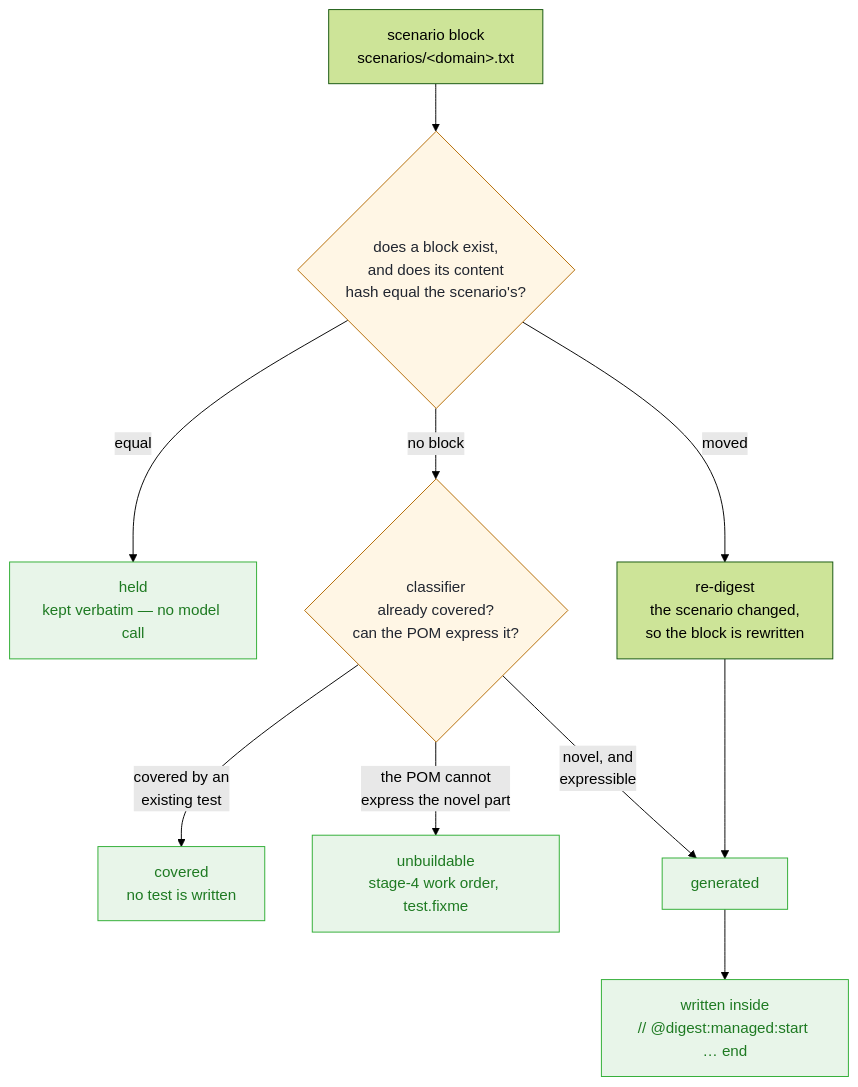
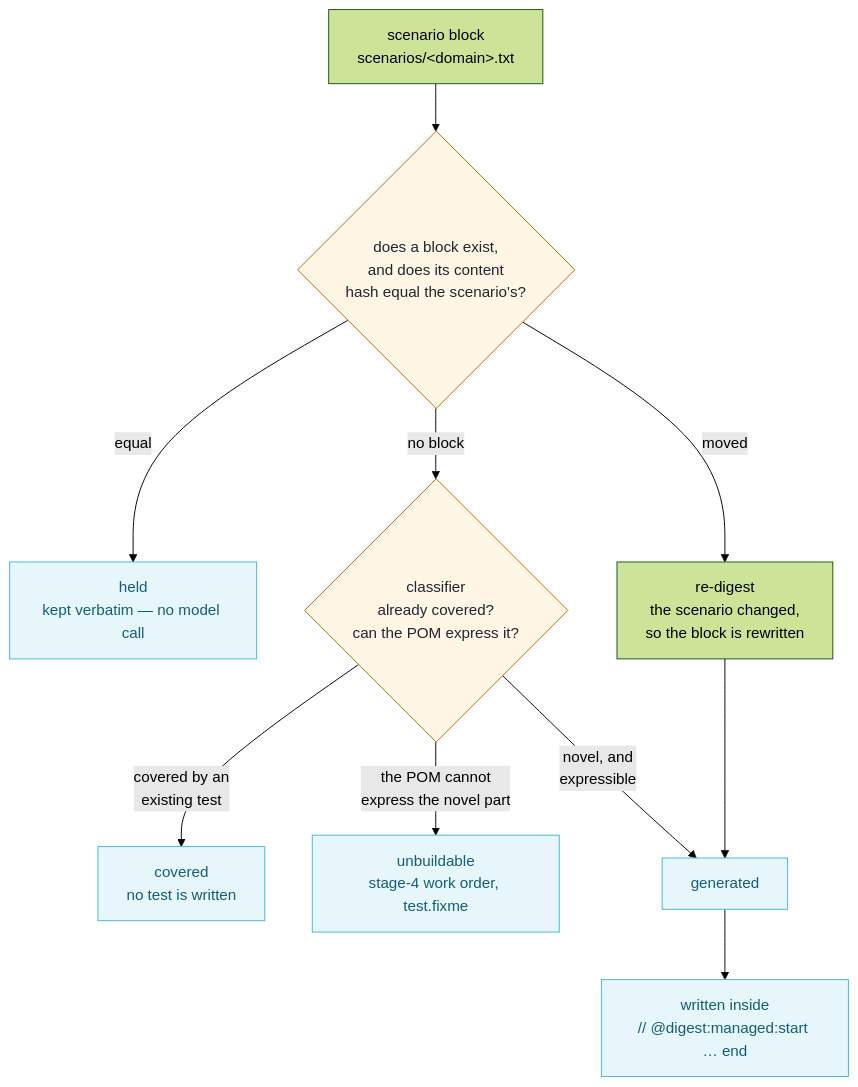
The second of 5 diagrams in WORKFLOW.md (yogap02/pwxai), drawn with Mermaid (forest theme) before and after one commit. The commit also changed other lines of this file and 21 other files, not shown here.

````diff
--- a/WORKFLOW.md
+++ b/WORKFLOW.md
@@ -106,17 +118,17 @@
 ```mermaid
 flowchart TD
     SC["scenario block<br/>scenarios/&lt;domain&gt;.txt"] --> H{"does a block exist,<br/>and does its content<br/>hash equal the scenario's?"}
     H -- "equal" --> HOLD["held<br/>kept verbatim — no model call"]
     H -- "moved" --> RED["re-digest<br/>the scenario changed,<br/>so the block is rewritten"]
     H -- "no block" --> CLS{"classifier<br/>already covered?<br/>can the POM express it?"}
     CLS -- "covered by an<br/>existing test" --> COV["covered<br/>no test is written"]
     CLS -- "the POM cannot<br/>express the novel part" --> UNB["unbuildable<br/>stage-4 work order, test.fixme"]
     CLS -- "novel, and<br/>expressible" --> GEN["generated"]
     RED --> GEN
     GEN --> WRITE["written inside<br/>// @digest:managed:start … end"]
 
     classDef gate fill:#FFF6E5,stroke:#B46A00,color:#212630
-    classDef ok fill:#E8F5E9,stroke:#2EAD33,color:#1E7A22
+    classDef ok fill:#E6F6FB,stroke:#43B7DC,color:#145E77
     class H,CLS gate
     class HOLD,COV,UNB,GEN,WRITE ok
 ```
````
